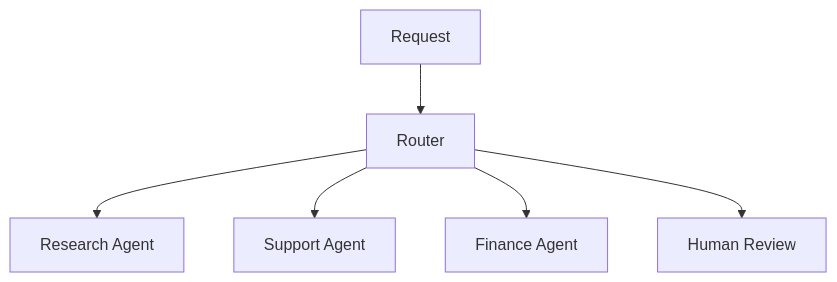
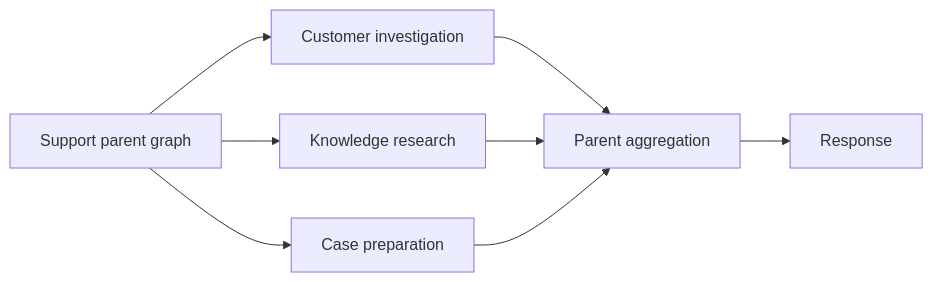
One commit to MihirKJha/enterprise-ai-engineering-handbook changed the fourth of 4 diagrams in docs/08-ai-engineering-frameworks/langgraph/23-langgraph-agent-workflows.md. Above: the diagram before and after it, drawn with Mermaid. The commit also changed other lines of this file and 10 other files, not shown here.

````diff
--- a/docs/08-ai-engineering-frameworks/langgraph/23-langgraph-agent-workflows.md
+++ b/docs/08-ai-engineering-frameworks/langgraph/23-langgraph-agent-workflows.md
@@ -1769,13 +250,10 @@
 ```mermaid
-flowchart TD
-
-    A[Request] --> B[Router]
-
-    B --> C[Research Agent]
-
-    B --> D[Support Agent]
-
-    B --> E[Finance Agent]
-
-    B --> F[Human Review]
+flowchart LR
+    A[Support parent graph] --> B[Customer investigation]
+    A --> C[Knowledge research]
+    A --> D[Case preparation]
+    B --> E[Parent aggregation]
+    C --> E
+    D --> E
+    E --> F[Response]
 ```
````
